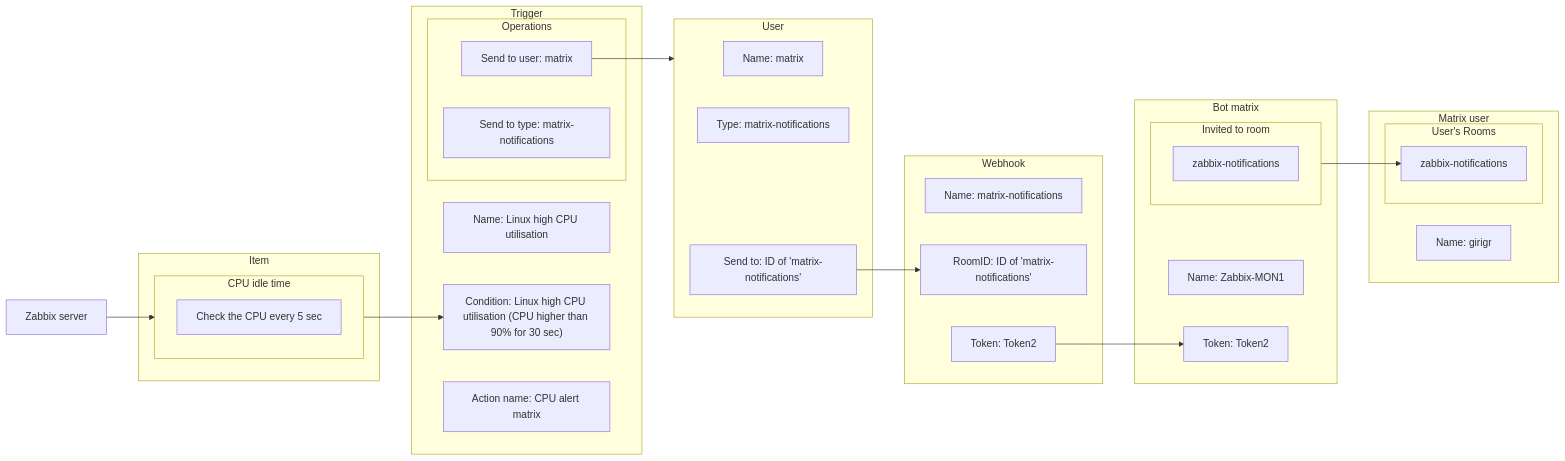
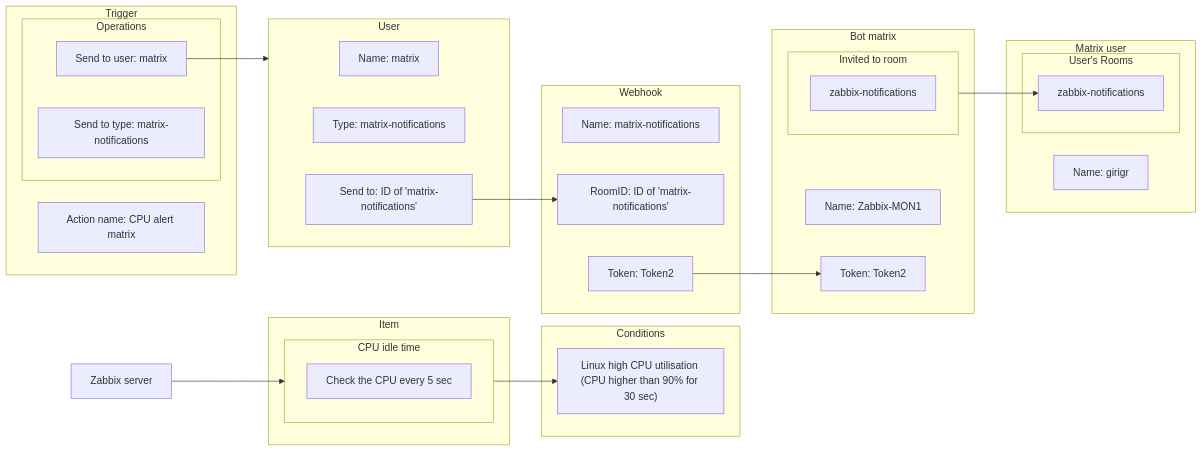
One commit to CPNV-ES-MON1/Zabbix changed the diagram in Doc/Schemas/diagram-notifications.md. Above: the diagram before and after it, drawn with Mermaid.

````diff
--- a/Doc/Schemas/diagram-notifications.md
+++ b/Doc/Schemas/diagram-notifications.md
@@ -3,53 +3,56 @@
 ```mermaid
 flowchart LR
  subgraph itemCpu["CPU idle time"]
         itemCpuCheck["Check the CPU every 5 sec"]
   end
  subgraph item["Item"]
         itemCpu
   end
- subgraph triggerOperation["Operations"]
+
+subgraph triggerConditions["Conditions"]
+        triggerCondition["Linux high CPU utilisation (CPU higher than 90% for 30 sec)"]
+ end
+
+subgraph triggerOperation["Operations"]
         triggerOperationUser["Send to user: matrix"]
         triggerOperationMedia["Send to type: matrix-notifications"]
   end
  subgraph trigger["Trigger"]
-        triggerName["Name: Linux high CPU utilisation"]
-        triggerCondition["Condition: Linux high CPU utilisation (CPU higher than 90% for 30 sec)"]
         triggerAction["Action name: CPU alert matrix"]
         triggerOperation
   end
  subgraph user["User"]
         userName["Name: matrix"]
         userType["Type: matrix-notifications"]
         userSend@{ label: "Send to: ID of 'matrix-notifications'" }
   end
  subgraph webhook["Webhook"]
         webhookName["Name: matrix-notifications"]
         webhookRoom@{ label: "RoomID: ID of 'matrix-notifications'" }
         webhookToken["Token: Token2"]
   end
  subgraph botInvites["Invited to room"]
         botInvitesRoom["zabbix-notifications"]
   end
  subgraph bot["Bot matrix"]
         botName["Name: Zabbix-MON1"]
         botToken["Token: Token2"]
         botInvites
   end
  subgraph matrixUserRooms["User's Rooms"]
         matrixUserRoomsZabbix["zabbix-notifications"]
   end
  subgraph matrixUser["Matrix user"]
         name["Name: girigr"]
         matrixUserRooms
   end
     zabbixServer["Zabbix server"] --> itemCpu
     itemCpu --> triggerCondition
     triggerOperationUser --> user
     userSend --> webhookRoom
     webhookToken --> botToken
     botInvites --> matrixUserRoomsZabbix
     userSend@{ shape: rect}
     webhookRoom@{ shape: rect}
     
 ```
````
